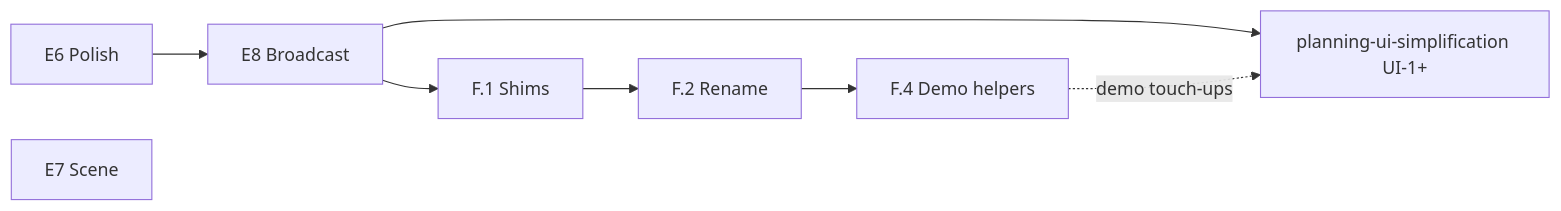
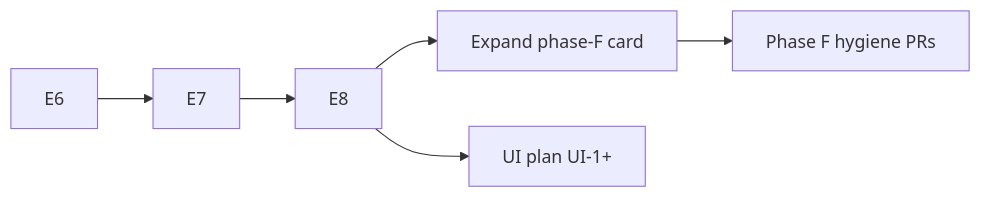
One commit to alx87grd/minilink changed the diagram in docs/plans/mpc-rh-refactor/phase-F-cleanup.md. Above: the diagram before and after it, drawn with Mermaid. The commit also changed other lines of this file and 4 other files, not shown here.

````diff
--- a/docs/plans/mpc-rh-refactor/phase-F-cleanup.md
+++ b/docs/plans/mpc-rh-refactor/phase-F-cleanup.md
@@ -150,17 +62,14 @@
 ```mermaid
 flowchart LR
-  E6[E6 Polish]
-  E7[E7 Scene]
-  E8[E8 Broadcast]
-  F1[F.1 Shims]
-  F2[F.2 Rename]
-  F4[F.4 Demo helpers]
-  UI[planning-ui-simplification UI-1+]
+  E6[E6]
+  E7[E7]
+  E8[E8]
+  Fexpand[Expand phase-F card]
+  Fwork[Phase F hygiene PRs]
+  UI[UI plan UI-1+]
 
-  E6 --> E8
-  E8 --> F1
-  F1 --> F2
-  F2 --> F4
+  E6 --> E7 --> E8
+  E8 --> Fexpand
+  Fexpand --> Fwork
   E8 --> UI
-  F4 -.->|demo touch-ups| UI
 ```
````
